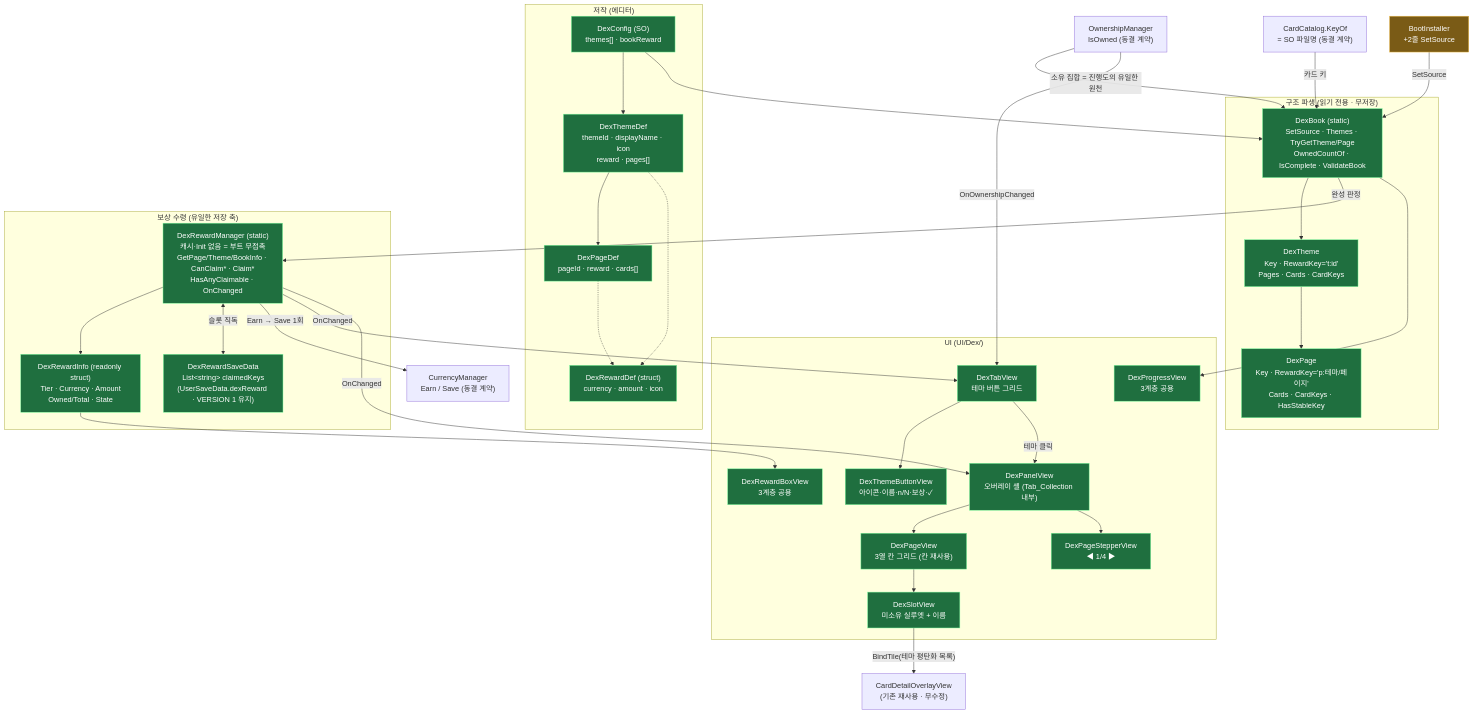
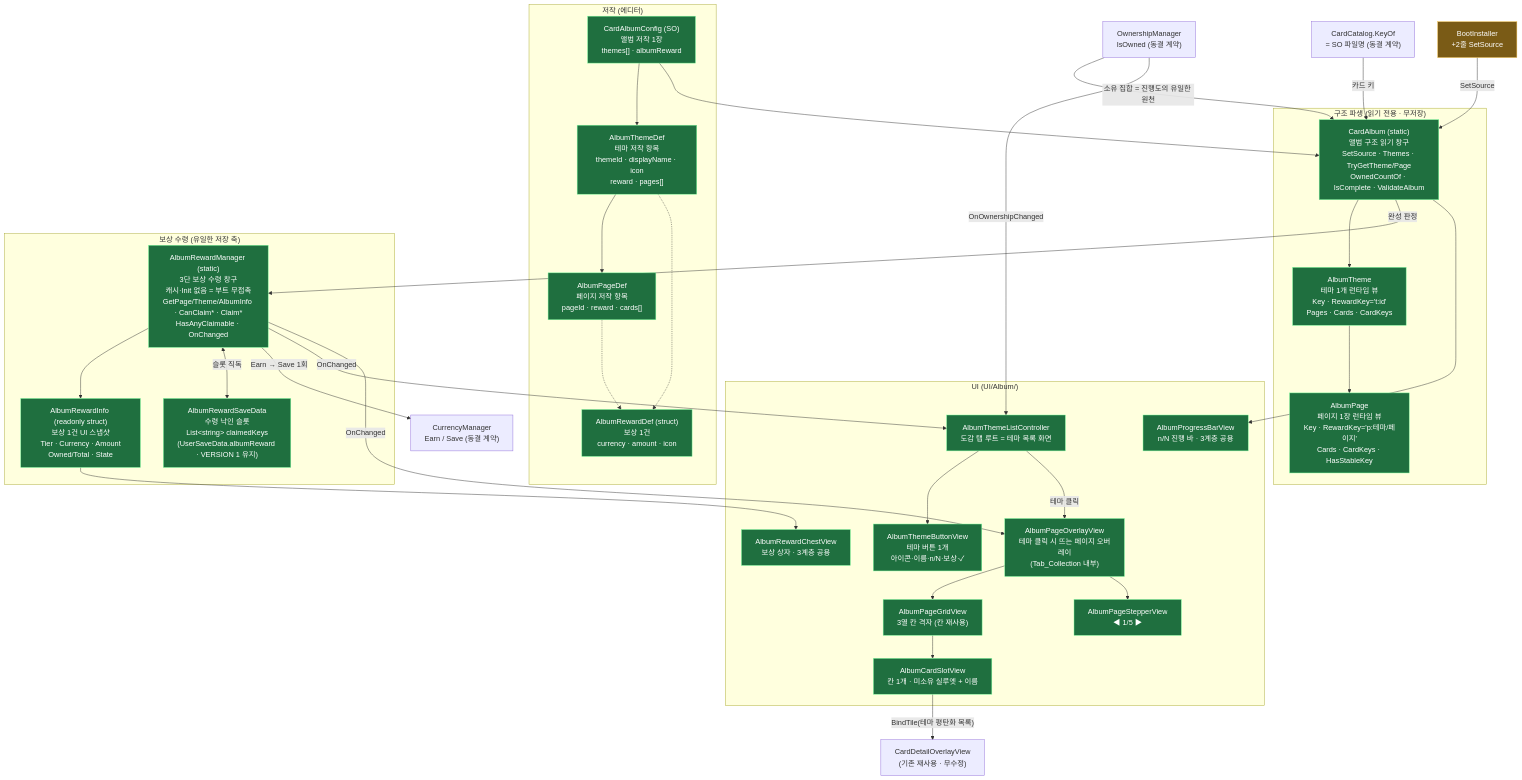
One commit to hspark-maker/TeamfightTCG_Migriation changed diagram 19 of 19 in docs/OutGamePlan/STRUCTURE.md. Above: the diagram before and after it, drawn with Mermaid. The commit also changed other lines of this file and 58 other files, not shown here.

````diff
--- a/docs/OutGamePlan/STRUCTURE.md
+++ b/docs/OutGamePlan/STRUCTURE.md
@@ -922,60 +926,60 @@
 ```mermaid
 flowchart TD
     subgraph AUTH["저작 (에디터)"]
-        CFG["DexConfig (SO)<br/>themes[] · bookReward"]:::new
-        TDEF["DexThemeDef<br/>themeId · displayName · icon<br/>reward · pages[]"]:::new
-        PDEF["DexPageDef<br/>pageId · reward · cards[]"]:::new
-        RDEF["DexRewardDef (struct)<br/>currency · amount · icon"]:::new
+        CFG["CardAlbumConfig (SO)<br/>앨범 저작 1장<br/>themes[] · albumReward"]:::new
+        TDEF["AlbumThemeDef<br/>테마 저작 항목<br/>themeId · displayName · icon<br/>reward · pages[]"]:::new
+        PDEF["AlbumPageDef<br/>페이지 저작 항목<br/>pageId · reward · cards[]"]:::new
+        RDEF["AlbumRewardDef (struct)<br/>보상 1건<br/>currency · amount · icon"]:::new
     end
     subgraph DERIVE["구조 파생 (읽기 전용 · 무저장)"]
-        BOOK["DexBook (static)<br/>SetSource · Themes · TryGetTheme/Page<br/>OwnedCountOf · IsComplete · ValidateBook"]:::new
-        THEME["DexTheme<br/>Key · RewardKey='t:id'<br/>Pages · Cards · CardKeys"]:::new
-        PAGE["DexPage<br/>Key · RewardKey='p:테마/페이지'<br/>Cards · CardKeys · HasStableKey"]:::new
+        BOOK["CardAlbum (static)<br/>앨범 구조 읽기 창구<br/>SetSource · Themes · TryGetTheme/Page<br/>OwnedCountOf · IsComplete · ValidateAlbum"]:::new
+        THEME["AlbumTheme<br/>테마 1개 런타임 뷰<br/>Key · RewardKey='t:id'<br/>Pages · Cards · CardKeys"]:::new
+        PAGE["AlbumPage<br/>페이지 1장 런타임 뷰<br/>Key · RewardKey='p:테마/페이지'<br/>Cards · CardKeys · HasStableKey"]:::new
     end
     subgraph CLAIM["보상 수령 (유일한 저장 축)"]
-        RMGR["DexRewardManager (static)<br/>캐시·Init 없음 = 부트 무접촉<br/>GetPage/Theme/BookInfo · CanClaim* · Claim*<br/>HasAnyClaimable · OnChanged"]:::new
-        RINFO["DexRewardInfo (readonly struct)<br/>Tier · Currency · Amount<br/>Owned/Total · State"]:::new
-        SAVE["DexRewardSaveData<br/>List&lt;string&gt; claimedKeys<br/>(UserSaveData.dexReward · VERSION 1 유지)"]:::new
+        RMGR["AlbumRewardManager (static)<br/>3단 보상 수령 창구<br/>캐시·Init 없음 = 부트 무접촉<br/>GetPage/Theme/AlbumInfo · CanClaim* · Claim*<br/>HasAnyClaimable · OnChanged"]:::new
+        RINFO["AlbumRewardInfo (readonly struct)<br/>보상 1건 UI 스냅샷<br/>Tier · Currency · Amount<br/>Owned/Total · State"]:::new
+        SAVE["AlbumRewardSaveData<br/>수령 낙인 슬롯<br/>List&lt;string&gt; claimedKeys<br/>(UserSaveData.albumReward · VERSION 1 유지)"]:::new
     end
-    subgraph UI["UI (UI/Dex/)"]
-        TAB["DexTabView<br/>테마 버튼 그리드"]:::new
-        TBTN["DexThemeButtonView<br/>아이콘·이름·n/N·보상·✓"]:::new
-        PANEL["DexPanelView<br/>오버레이 셸 (Tab_Collection 내부)"]:::new
-        PVIEW["DexPageView<br/>3열 칸 그리드 (칸 재사용)"]:::new
-        SLOT["DexSlotView<br/>미소유 실루엣 + 이름"]:::new
-        STEP["DexPageStepperView<br/>◀ 1/4 ▶"]:::new
-        BOX["DexRewardBoxView<br/>3계층 공용"]:::new
-        PROG["DexProgressView<br/>3계층 공용"]:::new
+    subgraph UI["UI (UI/Album/)"]
+        TAB["AlbumThemeListController<br/>도감 탭 루트 = 테마 목록 화면"]:::new
+        TBTN["AlbumThemeButtonView<br/>테마 버튼 1개<br/>아이콘·이름·n/N·보상·✓"]:::new
+        PANEL["AlbumPageOverlayView<br/>테마 클릭 시 뜨는 페이지 오버레이<br/>(Tab_Collection 내부)"]:::new
+        PVIEW["AlbumPageGridView<br/>3열 칸 격자 (칸 재사용)"]:::new
+        SLOT["AlbumCardSlotView<br/>칸 1개 · 미소유 실루엣 + 이름"]:::new
+        STEP["AlbumPageStepperView<br/>◀ 1/5 ▶"]:::new
+        BOX["AlbumRewardChestView<br/>보상 상자 · 3계층 공용"]:::new
+        PROG["AlbumProgressBarView<br/>n/N 진행 바 · 3계층 공용"]:::new
     end
     OWN["OwnershipManager<br/>IsOwned (동결 계약)"]
     CAT["CardCatalog.KeyOf<br/>= SO 파일명 (동결 계약)"]
     CUR["CurrencyManager<br/>Earn / Save (동결 계약)"]
     BOOTI["BootInstaller<br/>+2줄 SetSource"]:::chg
     DET["CardDetailOverlayView<br/>(기존 재사용 · 무수정)"]
 
     CFG --> TDEF --> PDEF
     TDEF -.-> RDEF
     PDEF -.-> RDEF
     BOOTI -->|SetSource| BOOK
     CFG --> BOOK
     BOOK --> THEME --> PAGE
     CAT -->|카드 키| BOOK
     OWN -->|"소유 집합 = 진행도의 유일한 원천"| BOOK
     BOOK -->|완성 판정| RMGR
     RMGR --> RINFO
     RMGR <-->|"슬롯 직독"| SAVE
     RMGR -->|Earn → Save 1회| CUR
     TAB --> TBTN
     TAB -->|테마 클릭| PANEL
     PANEL --> PVIEW --> SLOT
     PANEL --> STEP
     RINFO --> BOX
     BOOK --> PROG
     RMGR -->|OnChanged| TAB
     RMGR -->|OnChanged| PANEL
     OWN -->|OnOwnershipChanged| TAB
     SLOT -->|"BindTile(테마 평탄화 목록)"| DET
 
     classDef new fill:#1f6f3f,stroke:#7CFC9E,color:#fff;
     classDef chg fill:#7a5b16,stroke:#f2c14e,color:#fff;
 ```
````
